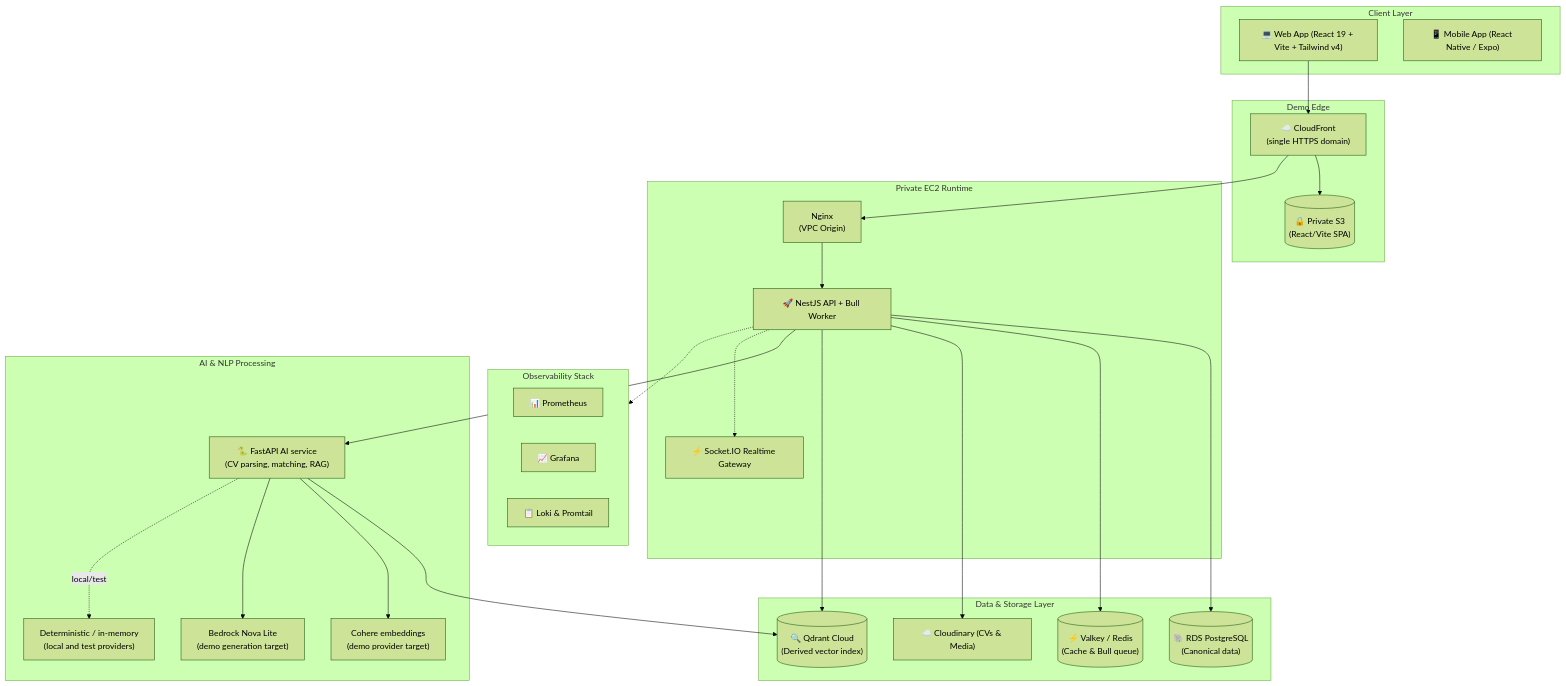
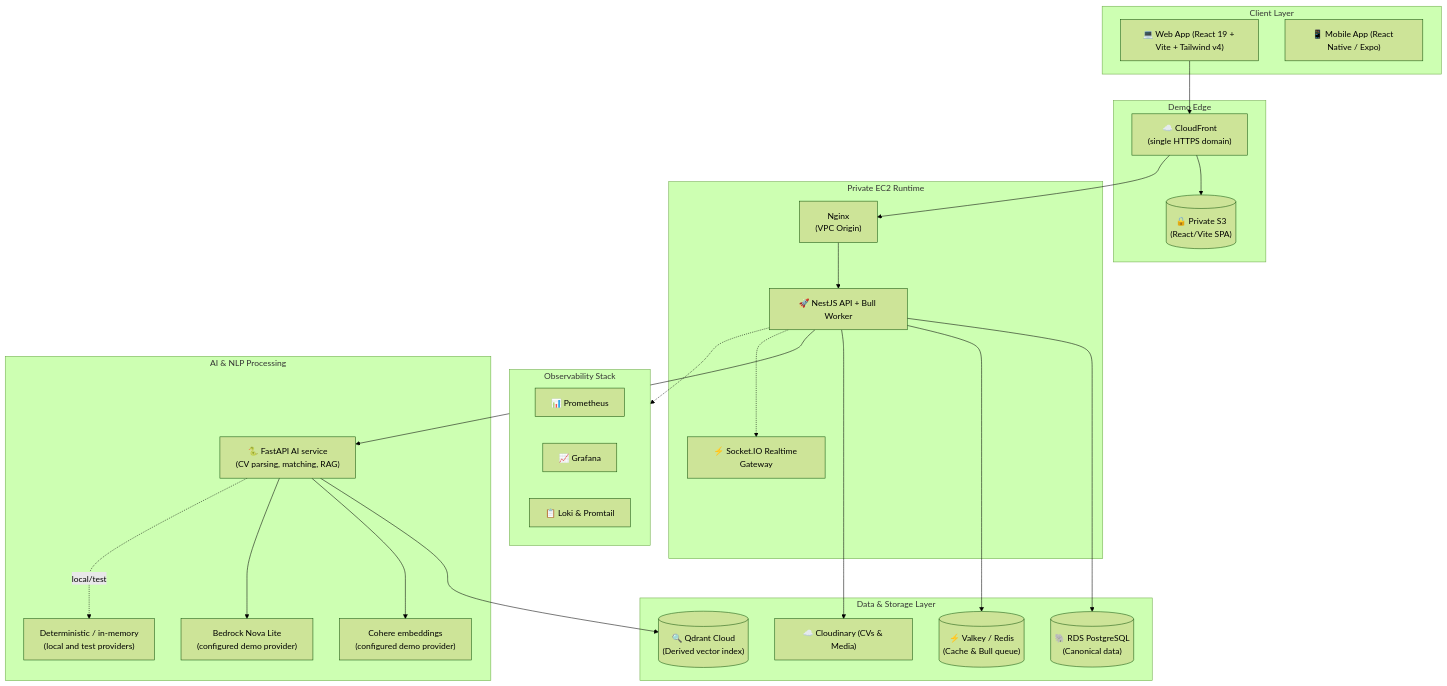
One commit to D121104/talentpulse changed the diagram in README.md. Above: the diagram before and after it, drawn with Mermaid (forest theme). The commit also changed other lines of this file and 15 other files, not shown here.

````diff
--- a/README.md
+++ b/README.md
@@ -50,54 +50,53 @@
 ```mermaid
 flowchart TB
     subgraph Client ["Client Layer"]
         Web["💻 Web App (React 19 + Vite + Tailwind v4)"]
         Mobile["📱 Mobile App (React Native / Expo)"]
     end
 
     subgraph Edge ["Demo Edge"]
         CF["☁️ CloudFront\n(single HTTPS domain)"]
         S3[("🔒 Private S3\n(React/Vite SPA)")]
     end
 
     subgraph Gateway ["Private EC2 Runtime"]
         Nginx["Nginx\n(VPC Origin)"]
         Nest["🚀 NestJS API + Bull Worker"]
         WS["⚡ Socket.IO Realtime Gateway"]
     end
 
     subgraph Data ["Data & Storage Layer"]
         PG[("🐘 RDS PostgreSQL\n(Canonical data)")]
         Redis[("⚡ Valkey / Redis\n(Cache & Bull queue)")]
         Qdrant[("🔍 Qdrant Cloud\n(Derived vector index)")]
         Cloudinary["☁️ Cloudinary (CVs & Media)"]
     end
 
     subgraph AI ["AI & NLP Processing"]
         FastAPI["🐍 FastAPI AI service\n(CV parsing, matching, RAG)"]
-        Cohere["Cohere embeddings\n(demo provider target)"]
-        Nova["Bedrock Nova Lite\n(demo generation target)"]
+        Cohere["Cohere embeddings\n(configured demo provider)"]
+        Nova["Bedrock Nova Lite\n(configured demo provider)"]
         Local["Deterministic / in-memory\n(local and test providers)"]
     end
 
     subgraph Monitor ["Observability Stack"]
         Prom["📊 Prometheus"]
         Graf["📈 Grafana"]
         Loki["📋 Loki & Promtail"]
     end
 
     Web --> CF
     CF --> S3
     CF --> Nginx
     Nginx --> Nest
     Nest --> PG
     Nest --> Redis
     Nest --> Cloudinary
-    Nest --> Qdrant
     Nest --> FastAPI
     FastAPI --> Qdrant
     FastAPI --> Cohere
     FastAPI --> Nova
     FastAPI -. local/test .-> Local
     Nest -.-> WS
     Nest -.-> Monitor
 ```
````
